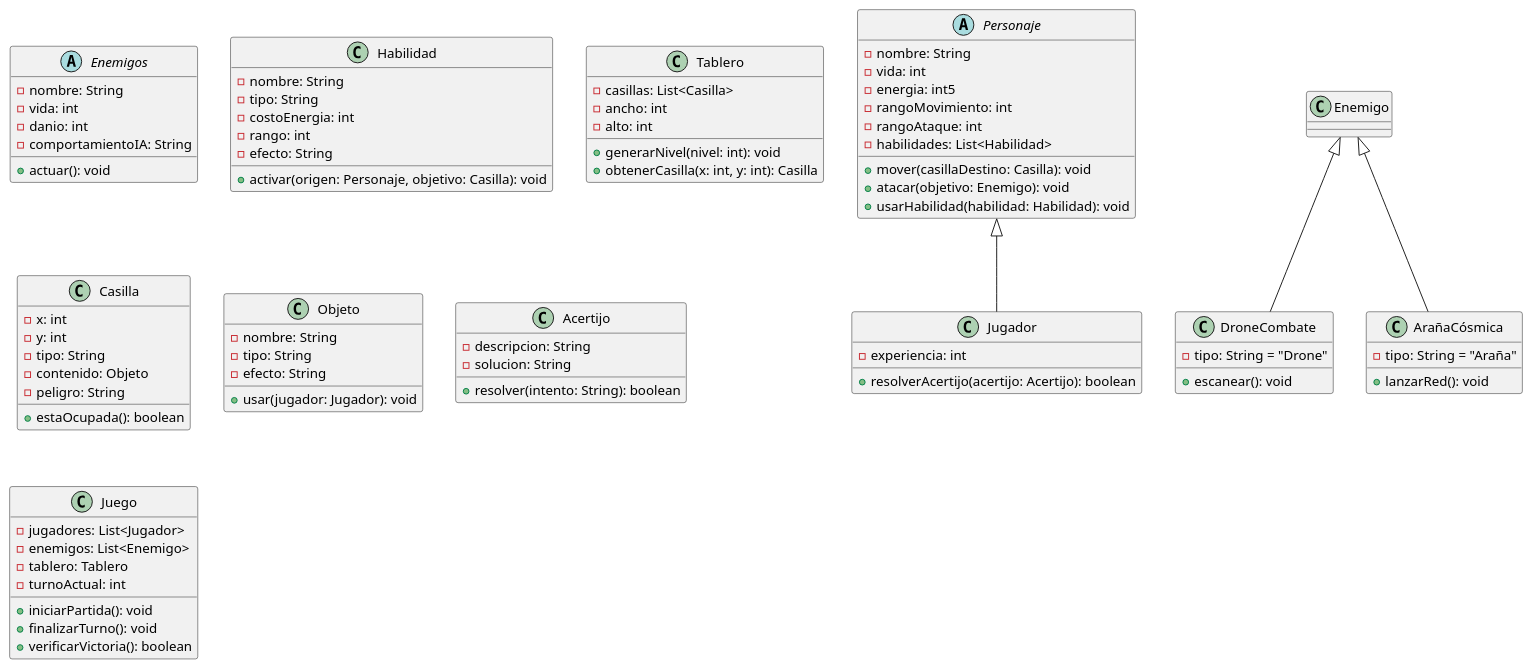
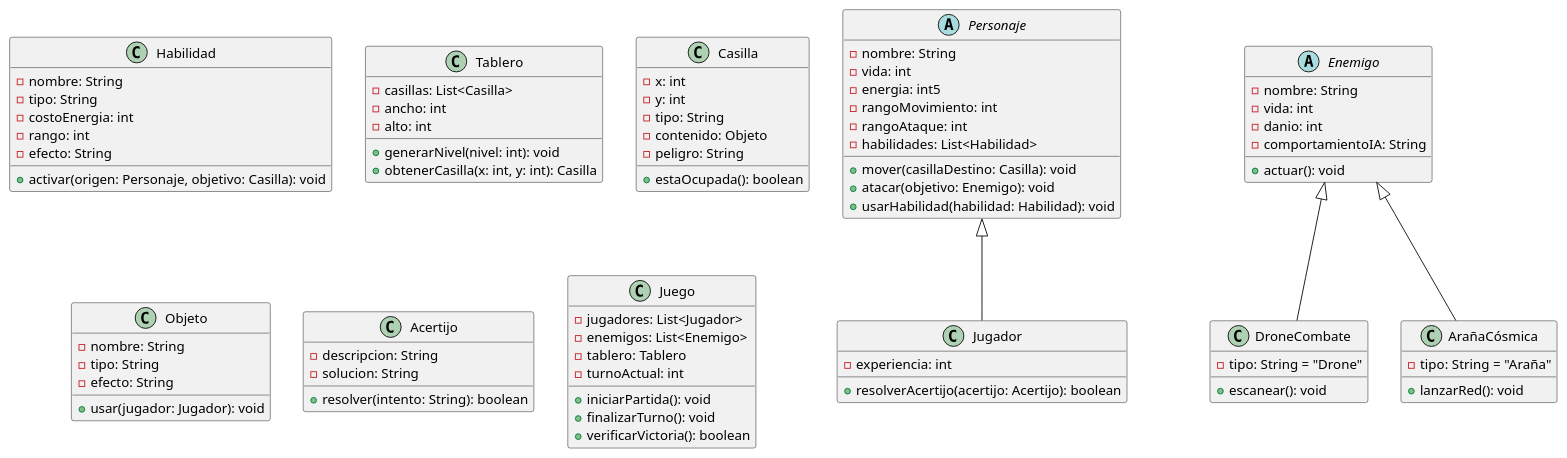
Before and after one commit to yosbel-penate/lorenzo.alvarado-Proyecto-Final-DPOO-2025: the diagram in Código UML.puml, drawn with PlantUML.

```diff
--- a/Código UML.puml
+++ b/Código UML.puml
@@ -1,87 +1,87 @@
 @startuml
 
 abstract class Personaje {
     - nombre: String
     - vida: int
     - energia: int5
     - rangoMovimiento: int
     - rangoAtaque: int
     - habilidades: List<Habilidad>
     + mover(casillaDestino: Casilla): void
     + atacar(objetivo: Enemigo): void
     + usarHabilidad(habilidad: Habilidad): void
 }
 
 class Jugador extends Personaje {
     - experiencia: int
     + resolverAcertijo(acertijo: Acertijo): boolean
 }
 
-abstract class Enemigos{
+abstract class Enemigo   {
     - nombre: String
     - vida: int
     - danio: int
     - comportamientoIA: String
     + actuar(): void
 }
 
 class DroneCombate extends Enemigo {
     - tipo: String = "Drone"
     + escanear(): void
 }
 
 class ArañaCósmica extends Enemigo {
     - tipo: String = "Araña"
     + lanzarRed(): void
 }
 
 class Habilidad {
     - nombre: String
     - tipo: String
     - costoEnergia: int
     - rango: int
     - efecto: String
     + activar(origen: Personaje, objetivo: Casilla): void
 }
 
 class Tablero {
     - casillas: List<Casilla>
     - ancho: int
     - alto: int
     + generarNivel(nivel: int): void
     + obtenerCasilla(x: int, y: int): Casilla
 }
 
 class Casilla {
     - x: int
     - y: int
     - tipo: String
     - contenido: Objeto
     - peligro: String
     + estaOcupada(): boolean
 }
 
 class Objeto {
     - nombre: String
     - tipo: String
     - efecto: String
     + usar(jugador: Jugador): void
 }
 
 class Acertijo {
     - descripcion: String
     - solucion: String
     + resolver(intento: String): boolean
 }
 
 class Juego {
     - jugadores: List<Jugador>
     - enemigos: List<Enemigo>
     - tablero: Tablero
     - turnoActual: int
     + iniciarPartida(): void
     + finalizarTurno(): void
     + verificarVictoria(): boolean
 }
 
 @enduml
```
